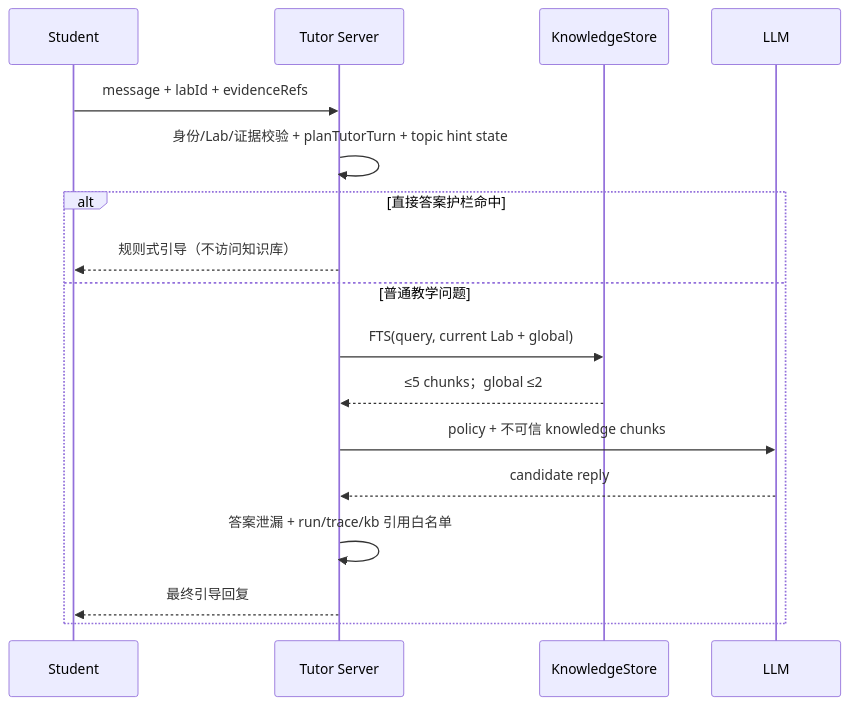
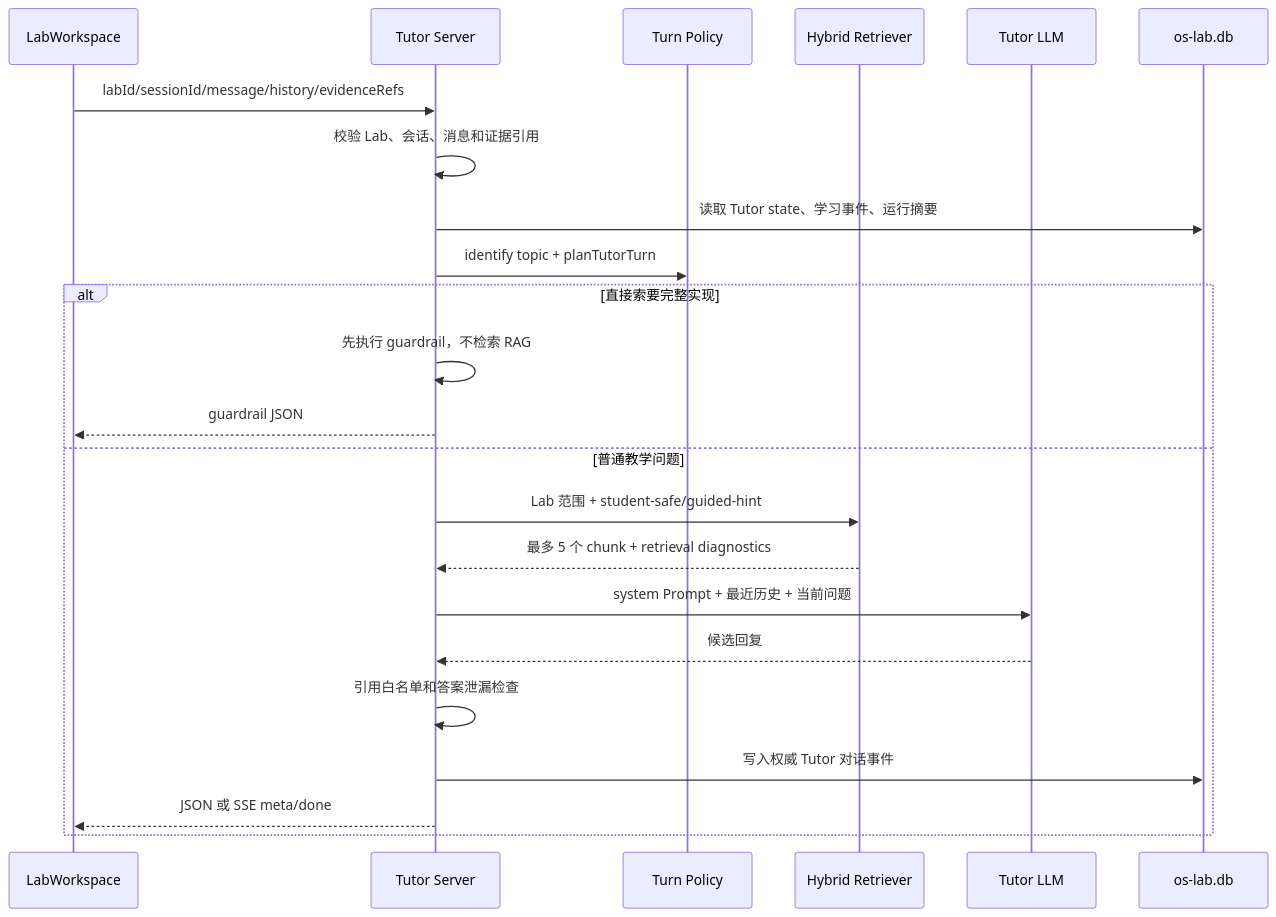
The second of 3 diagrams in os-lab/docs/agent-system-technical.md (AM-SuSh/EVOLVE), drawn with Mermaid before and after one commit. The commit also changed other lines of this file and 1 other file, not shown here.

Commit message:
docs: reorganize agent system technical implementation

````diff
--- a/os-lab/docs/agent-system-technical.md
+++ b/os-lab/docs/agent-system-technical.md
@@ -242,19 +78,25 @@
 ```mermaid
 sequenceDiagram
-  participant U as Student
+  participant U as LabWorkspace
   participant S as Tutor Server
-  participant K as KnowledgeStore
-  participant M as LLM
-  U->>S: message + labId + evidenceRefs
-  S->>S: 身份/Lab/证据校验 + planTutorTurn + topic hint state
-  alt 直接答案护栏命中
-    S-->>U: 规则式引导（不访问知识库）
+  participant P as Turn Policy
+  participant K as Hybrid Retriever
+  participant M as Tutor LLM
+  participant D as os-lab.db
+  U->>S: labId/sessionId/message/history/evidenceRefs
+  S->>S: 校验 Lab、会话、消息和证据引用
+  S->>D: 读取 Tutor state、学习事件、运行摘要
+  S->>P: identify topic + planTutorTurn
+  alt 直接索要完整实现
+    S->>S: 先执行 guardrail，不检索 RAG
+    S-->>U: guardrail JSON
   else 普通教学问题
-    S->>K: FTS(query, current Lab + global)
-    K-->>S: ≤5 chunks；global ≤2
-    S->>M: policy + 不可信 knowledge chunks
-    M-->>S: candidate reply
-    S->>S: 答案泄漏 + run/trace/kb 引用白名单
-    S-->>U: 最终引导回复
+    S->>K: Lab 范围 + student-safe/guided-hint
+    K-->>S: 最多 5 个 chunk + retrieval diagnostics
+    S->>M: system Prompt + 最近历史 + 当前问题
+    M-->>S: 候选回复
+    S->>S: 引用白名单和答案泄漏检查
+    S->>D: 写入权威 Tutor 对话事件
+    S-->>U: JSON 或 SSE meta/done
   end
 ```
````
